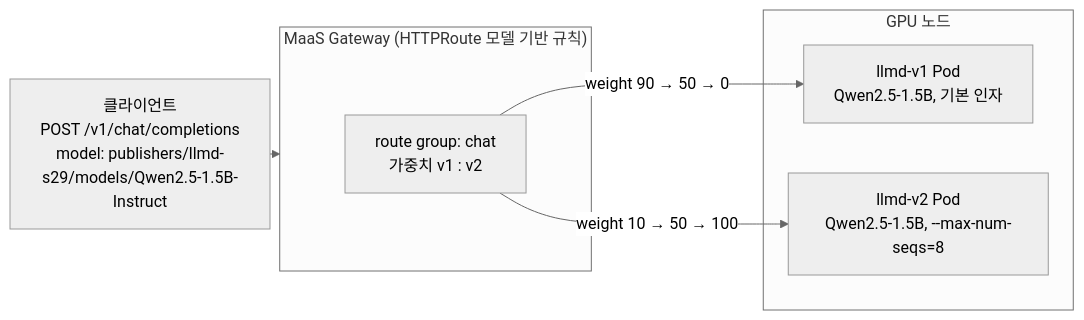
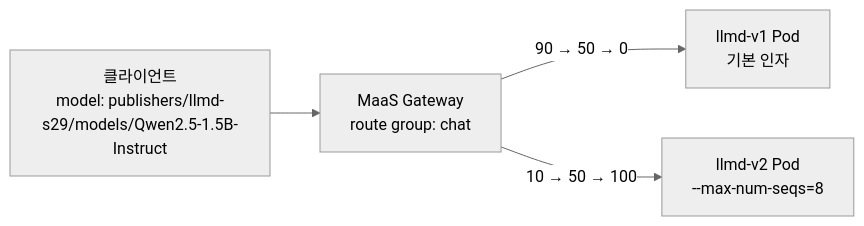
The diagram in docs/scenarios/29-controlled-deployment.md (jangminjun/openshift-ai-llmd-demo), drawn with Mermaid (neutral theme) before and after one commit. The commit also changed other lines of this file, not shown here.

````diff
--- a/docs/scenarios/29-controlled-deployment.md
+++ b/docs/scenarios/29-controlled-deployment.md
@@ -13,13 +12,6 @@
 ```mermaid
 flowchart LR
-    C["클라이언트<br/>POST /v1/chat/completions<br/>model: publishers/llmd-s29/models/Qwen2.5-1.5B-Instruct"] --> GW
-    subgraph GW["MaaS Gateway (HTTPRoute 모델 기반 규칙)"]
-        R["route group: chat<br/>가중치 v1 : v2"]
-    end
-    subgraph NG["GPU 노드"]
-        V1["llmd-v1 Pod<br/>Qwen2.5-1.5B, 기본 인자"]
-        V2["llmd-v2 Pod<br/>Qwen2.5-1.5B, --max-num-seqs=8"]
-    end
-    R -->|"weight 90 → 50 → 0"| V1
-    R -->|"weight 10 → 50 → 100"| V2
+    C["클라이언트<br/>model: publishers/llmd-s29/models/Qwen2.5-1.5B-Instruct"] --> GW["MaaS Gateway<br/>route group: chat"]
+    GW -->|"90 → 50 → 0"| V1["llmd-v1 Pod<br/>기본 인자"]
+    GW -->|"10 → 50 → 100"| V2["llmd-v2 Pod<br/>--max-num-seqs=8"]
 ```
````
